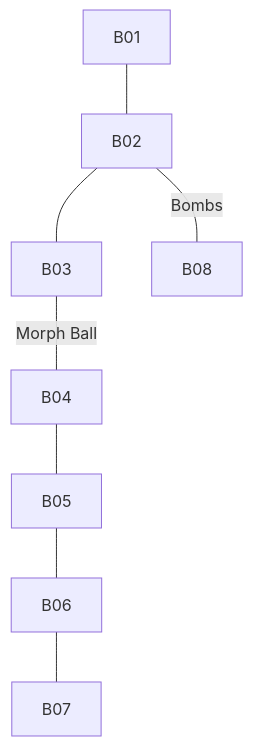
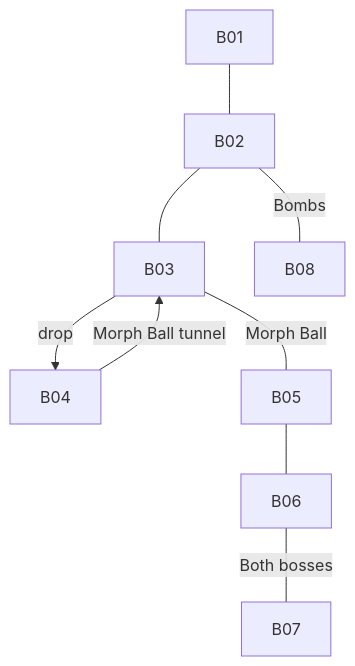
Before and after one commit to RetroCodeRamen/game-watch: the second of 5 diagrams in metroid_watch/Metroid_Watch_Game_Design_Document.md, drawn with Mermaid. The commit also changed other lines of this file and 6 other files, not shown here.

````diff
--- a/metroid_watch/Metroid_Watch_Game_Design_Document.md
+++ b/metroid_watch/Metroid_Watch_Game_Design_Document.md
@@ -139,10 +139,11 @@
 ```mermaid
 flowchart TD
     B01 --- B02
     B02 --- B03
+    B03 -->|"drop"| B04
+    B04 -->|"Morph Ball tunnel"| B03
+    B03 ---|"Morph Ball"| B05
+    B05 --- B06
     B02 ---|"Bombs"| B08
-    B03 ---|"Morph Ball"| B04
-    B04 --- B05
-    B05 --- B06
-    B06 --- B07
+    B06 ---|"Both bosses"| B07
 ```
````
